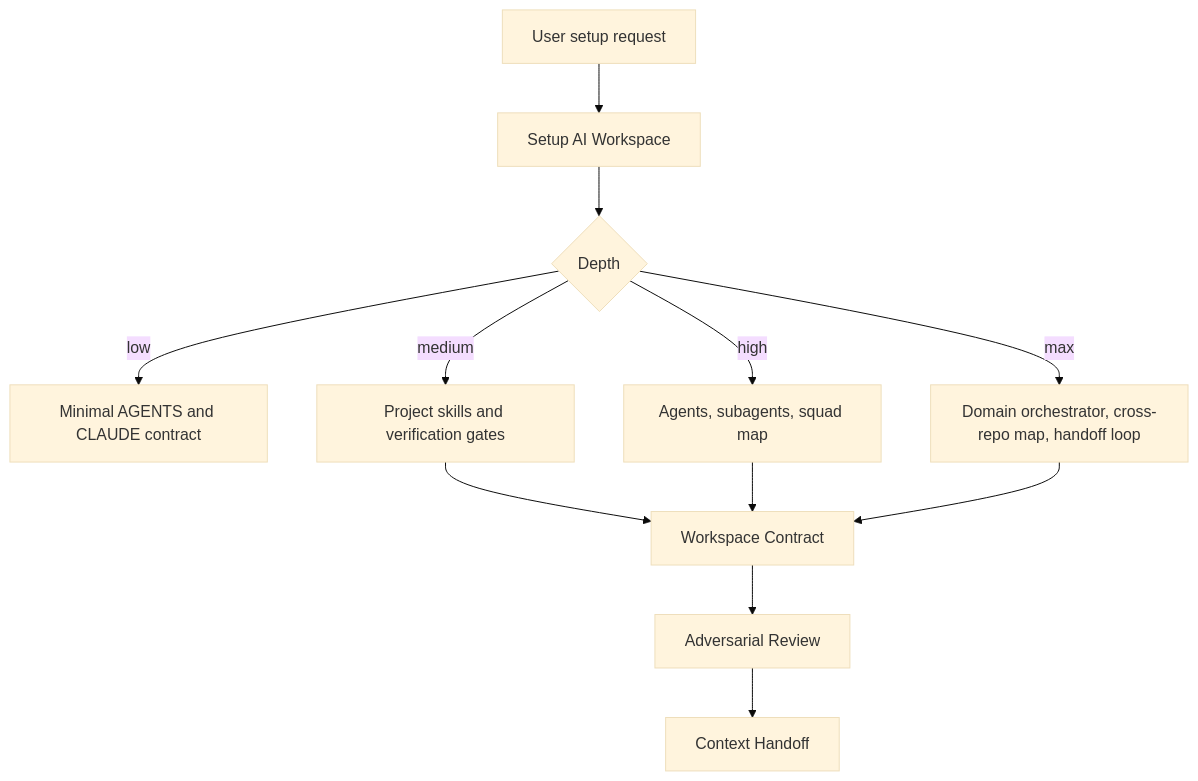
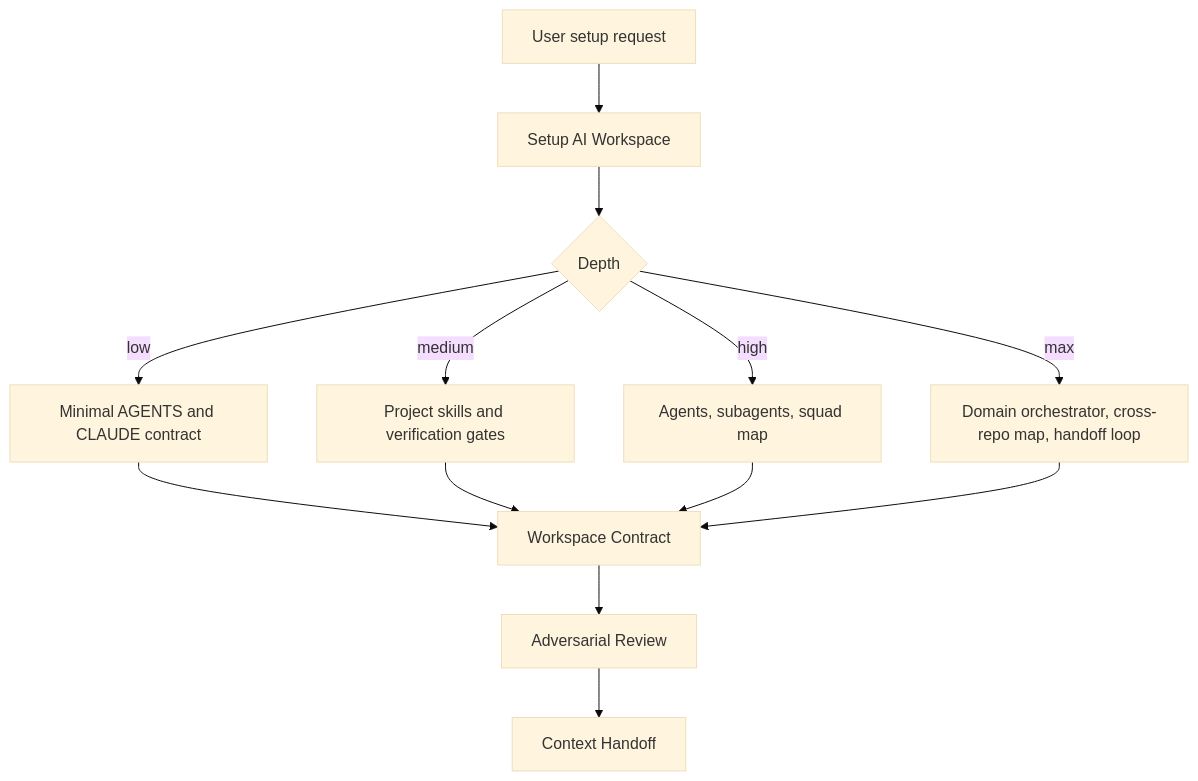
The diagram in plugins/ai-workspace-orchestrator/AGENTS.md (Andersonlimahw/lemon-ai-hub), drawn with Mermaid (base theme) before and after one commit.

Commit message:
fix(ai): route low-depth setup through contract

````diff
--- a/plugins/ai-workspace-orchestrator/AGENTS.md
+++ b/plugins/ai-workspace-orchestrator/AGENTS.md
@@ -7,14 +7,15 @@
 ```mermaid
 flowchart TD
     A[User setup request] --> B[Setup AI Workspace]
     B --> C{Depth}
     C -->|low| D[Minimal AGENTS and CLAUDE contract]
     C -->|medium| E[Project skills and verification gates]
     C -->|high| F[Agents, subagents, squad map]
     C -->|max| G[Domain orchestrator, cross-repo map, handoff loop]
-    E --> H[Workspace Contract]
+    D --> H[Workspace Contract]
+    E --> H
     F --> H
     G --> H
     H --> I[Adversarial Review]
     I --> J[Context Handoff]
 ```
````
